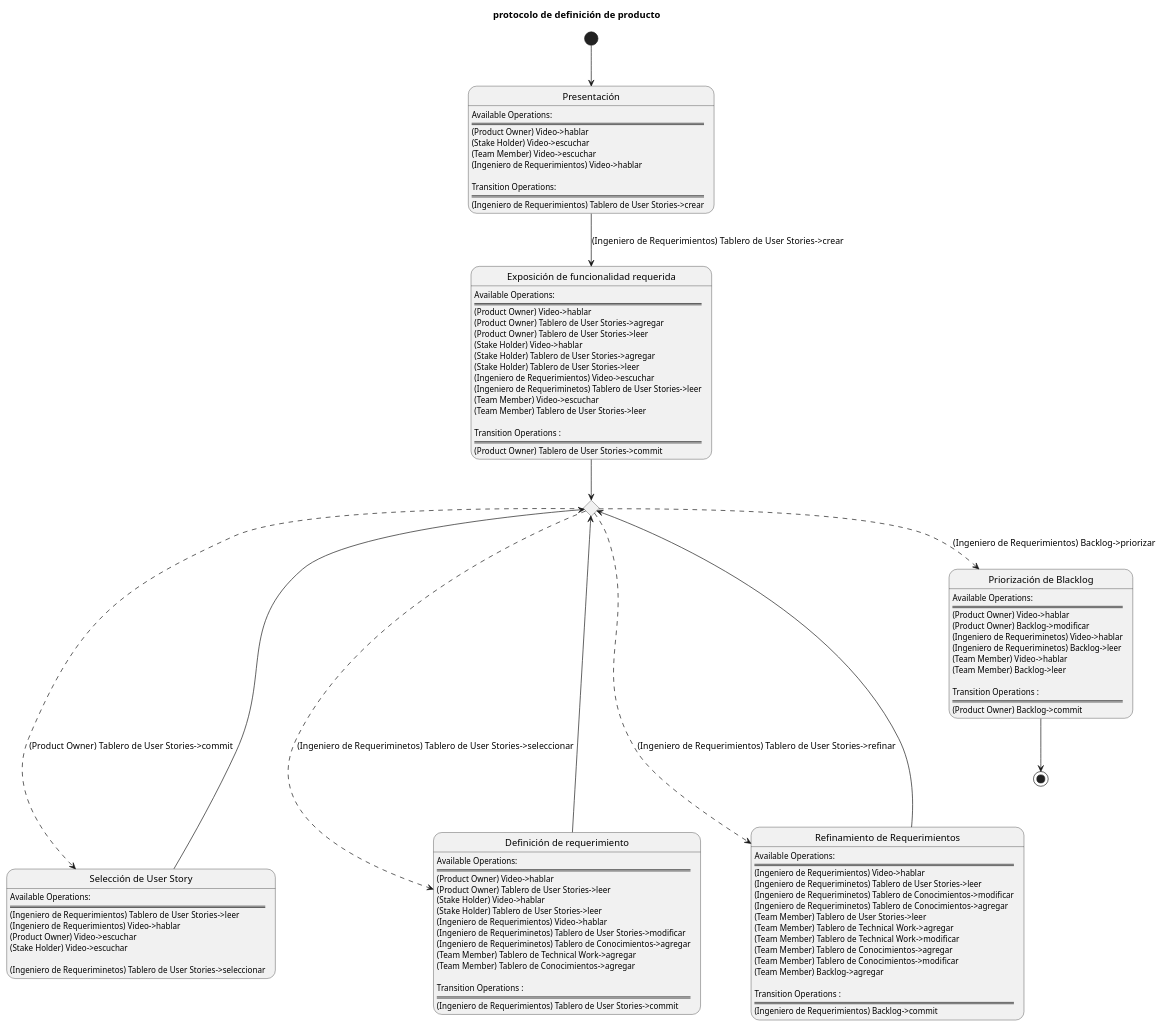
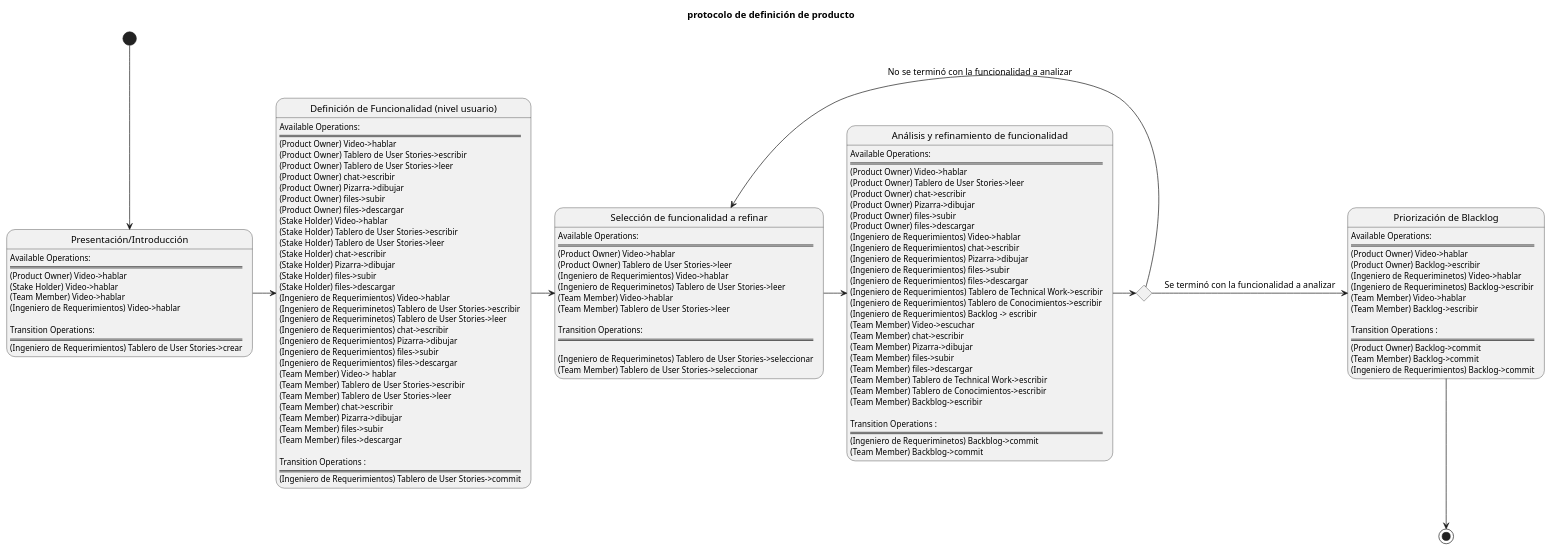
One commit to pablodanielrey/colaborativos changed the second of 2 diagrams in entrega1/actividades/product/product.plantuml. Above: the diagram before and after it, drawn with PlantUML. The commit also changed other lines of this file, not shown here.

Commit message:
corregi el protocolo para la definicion del producto

```diff
--- a/entrega1/actividades/product/product.plantuml
+++ b/entrega1/actividades/product/product.plantuml
@@ -42,112 +48,130 @@
 @startuml
 title protocolo de definición de producto
 
-state "Presentación" as presentation
+state "Presentación/Introducción" as presentation
 presentation: Available Operations:
 presentation: ==================================================
 presentation: (Product Owner) Video->hablar
-presentation: (Stake Holder) Video->escuchar
-presentation: (Team Member) Video->escuchar
+presentation: (Stake Holder) Video->hablar
+presentation: (Team Member) Video->hablar
 presentation: (Ingeniero de Requerimientos) Video->hablar
 presentation: 
 presentation: Transition Operations:
 presentation: ==================================================
 presentation: (Ingeniero de Requerimientos) Tablero de User Stories->crear
 
-state "Exposición de funcionalidad requerida" as efr
-efr: Available Operations:
-efr: ==================================================
-efr: (Product Owner) Video->hablar
-efr: (Product Owner) Tablero de User Stories->agregar
-efr: (Product Owner) Tablero de User Stories->leer
-efr: (Stake Holder) Video->hablar
-efr: (Stake Holder) Tablero de User Stories->agregar
-efr: (Stake Holder) Tablero de User Stories->leer
-efr: (Ingeniero de Requerimientos) Video->escuchar
-efr: (Ingeniero de Requeriminetos) Tablero de User Stories->leer
-efr: (Team Member) Video->escuchar
-efr: (Team Member) Tablero de User Stories->leer
-efr:
-efr: Transition Operations :
-efr: ==================================================
-efr: (Product Owner) Tablero de User Stories->commit
-
-state "Selección de User Story" as sus
-sus: Available Operations:
-sus: ==================================================
-sus: (Ingeniero de Requerimientos)  Tablero de User Stories->leer
-sus: (Ingeniero de Requerimientos) Video->hablar
-sus: (Product Owner) Video->escuchar
-sus: (Stake Holder) Video->escuchar
-sus:
-sus: (Ingeniero de Requeriminetos) Tablero de User Stories->seleccionar
-
-state "Definición de requerimiento" as dr
-dr: Available Operations:
-dr: ==================================================
-dr: (Product Owner) Video->hablar
-dr: (Product Owner) Tablero de User Stories->leer
-dr: (Stake Holder) Video->hablar
-dr: (Stake Holder) Tablero de User Stories->leer
-dr: (Ingeniero de Requerimientos) Video->hablar
-dr: (Ingeniero de Requeriminetos) Tablero de User Stories->modificar
-dr: (Ingeniero de Requeriminetos) Tablero de Conocimientos->agregar
-dr: (Team Member) Tablero de Technical Work->agregar
-dr: (Team Member) Tablero de Conocimientos->agregar
-dr:
-dr: Transition Operations :
-dr: ================================================== 
-dr: (Ingeniero de Requerimientos) Tablero de User Stories->commit
+state "Definición de Funcionalidad (nivel usuario)" as a1
+a1: Available Operations:
+a1: ==================================================
+a1: (Product Owner) Video->hablar
+a1: (Product Owner) Tablero de User Stories->escribir
+a1: (Product Owner) Tablero de User Stories->leer
+a1: (Product Owner) chat->escribir
+a1: (Product Owner) Pizarra->dibujar
+a1: (Product Owner) files->subir
+a1: (Product Owner) files->descargar
+a1: (Stake Holder) Video->hablar
+a1: (Stake Holder) Tablero de User Stories->escribir
+a1: (Stake Holder) Tablero de User Stories->leer
+a1: (Stake Holder) chat->escribir
+a1: (Stake Holder) Pizarra->dibujar
+a1: (Stake Holder) files->subir
+a1: (Stake Holder) files->descargar
+a1: (Ingeniero de Requerimientos) Video->hablar
+a1: (Ingeniero de Requeriminetos) Tablero de User Stories->escribir
+a1: (Ingeniero de Requeriminetos) Tablero de User Stories->leer
+a1: (Ingeniero de Requerimientos) chat->escribir
+a1: (Ingeniero de Requerimientos) Pizarra->dibujar
+a1: (Ingeniero de Requerimientos) files->subir
+a1: (Ingeniero de Requerimientos) files->descargar
+a1: (Team Member) Video-> hablar
+a1: (Team Member) Tablero de User Stories->escribir
+a1: (Team Member) Tablero de User Stories->leer
+a1: (Team Member) chat->escribir
+a1: (Team Member) Pizarra->dibujar
+a1: (Team Member) files->subir
+a1: (Team Member) files->descargar
+a1:
+a1: Transition Operations :
+a1: ==================================================
+a1: (Ingeniero de Requerimientos) Tablero de User Stories->commit
 
 
-state "Refinamiento de Requerimientos" as rr
-rr: Available Operations:
-rr: ==================================================
-rr: (Ingeniero de Requerimientos) Video->hablar
-rr: (Ingeniero de Requeriminetos) Tablero de User Stories->leer
-rr: (Ingeniero de Requeriminetos) Tablero de Conocimientos->modificar
-rr: (Ingeniero de Requeriminetos) Tablero de Conocimientos->agregar
-rr: (Team Member) Tablero de User Stories->leer
-rr: (Team Member) Tablero de Technical Work->agregar
-rr: (Team Member) Tablero de Technical Work->modificar
-rr: (Team Member) Tablero de Conocimientos->agregar
-rr: (Team Member) Tablero de Conocimientos->modificar
-rr: (Team Member) Backlog->agregar
-rr:
-rr: Transition Operations :
-rr: ==================================================
-rr: (Ingeniero de Requerimientos) Backlog->commit
+state "Selección de funcionalidad a refinar" as a3
+a3: Available Operations:
+a3: ==================================================
+a3: (Product Owner) Video->hablar
+a3: (Product Owner) Tablero de User Stories->leer
+a3: (Ingeniero de Requerimientos) Video->hablar
+a3: (Ingeniero de Requeriminetos) Tablero de User Stories->leer
+a3: (Team Member) Video->hablar
+a3: (Team Member) Tablero de User Stories->leer
+a3:
+a3: Transition Operations:
+a3: ==================================================
+a3:
+a3: (Ingeniero de Requeriminetos) Tablero de User Stories->seleccionar
+a3: (Team Member) Tablero de User Stories->seleccionar
 
 
-state "Priorización de Blacklog" as fb
-fb: Available Operations:
-fb: ==================================================
-fb: (Product Owner) Video->hablar
-fb: (Product Owner) Backlog->modificar
-fb: (Ingeniero de Requeriminetos) Video->hablar
-fb: (Ingeniero de Requeriminetos) Backlog->leer
-fb: (Team Member) Video->hablar
-fb: (Team Member) Backlog->leer
-fb:
-fb: Transition Operations :
-fb: ==================================================
-fb: (Product Owner) Backlog->commit
+state "Análisis y refinamiento de funcionalidad" as a2
+a2: Available Operations:
+a2: ==================================================
+a2: (Product Owner) Video->hablar
+a2: (Product Owner) Tablero de User Stories->leer
+a2: (Product Owner) chat->escribir
+a2: (Product Owner) Pizarra->dibujar
+a2: (Product Owner) files->subir
+a2: (Product Owner) files->descargar
+a2: (Ingeniero de Requerimientos) Video->hablar
+a2: (Ingeniero de Requerimientos) chat->escribir
+a2: (Ingeniero de Requerimientos) Pizarra->dibujar
+a2: (Ingeniero de Requerimientos) files->subir
+a2: (Ingeniero de Requerimientos) files->descargar
+a2: (Ingeniero de Requerimientos) Tablero de Technical Work->escribir
+a2: (Ingeniero de Requerimientos) Tablero de Conocimientos->escribir
+a2: (Ingeniero de Requerimientos) Backlog -> escribir
+a2: (Team Member) Video->escuchar
+a2: (Team Member) chat->escribir
+a2: (Team Member) Pizarra->dibujar
+a2: (Team Member) files->subir
+a2: (Team Member) files->descargar
+a2: (Team Member) Tablero de Technical Work->escribir
+a2: (Team Member) Tablero de Conocimientos->escribir
+a2: (Team Member) Backblog->escribir
+a2:
+a2: Transition Operations :
+a2: ==================================================
+a2: (Ingeniero de Requeriminetos) Backblog->commit
+a2: (Team Member) Backblog->commit
+
+
+
+state "Priorización de Blacklog" as a4
+a4: Available Operations:
+a4: ==================================================
+a4: (Product Owner) Video->hablar
+a4: (Product Owner) Backlog->escribir
+a4: (Ingeniero de Requeriminetos) Video->hablar
+a4: (Ingeniero de Requeriminetos) Backlog->escribir
+a4: (Team Member) Video->hablar
+a4: (Team Member) Backlog->escribir
+a4:
+a4: Transition Operations :
+a4: ==================================================
+a4: (Product Owner) Backlog->commit
+a4: (Team Member) Backlog->commit
+a4: (Ingeniero de Requerimientos) Backlog->commit
 
 state c1 <<choice>>
 
 [*] --> presentation
-presentation --> efr  : (Ingeniero de Requerimientos) Tablero de User Stories->crear
-efr --> c1
-c1 --[dashed]--> sus : (Product Owner) Tablero de User Stories->commit
-sus --> c1
-c1 --[dashed]--> dr : (Ingeniero de Requeriminetos) Tablero de User Stories->seleccionar
-dr --> c1
-
-c1 --[dashed]--> rr : (Ingeniero de Requerimientos) Tablero de User Stories->refinar
-rr --> c1
-
-c1 -[dashed]-> fb : (Ingeniero de Requerimientos) Backlog->priorizar
-
-fb --> [*]
+presentation -> a1
+a1 -> a3
+a3 -> a2
+a2 -> c1
+c1 -> a3 : No se terminó con la funcionalidad a analizar
+c1 -> a4 : Se terminó con la funcionalidad a analizar
+a4 --> [*]
 
 @enduml
```
